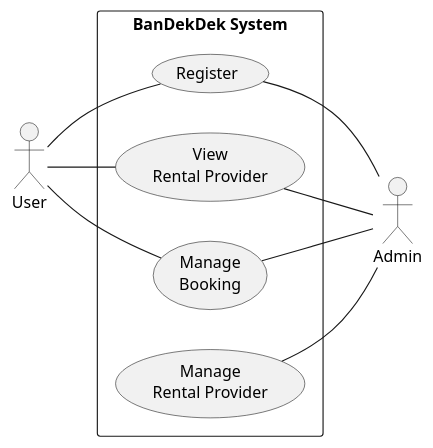
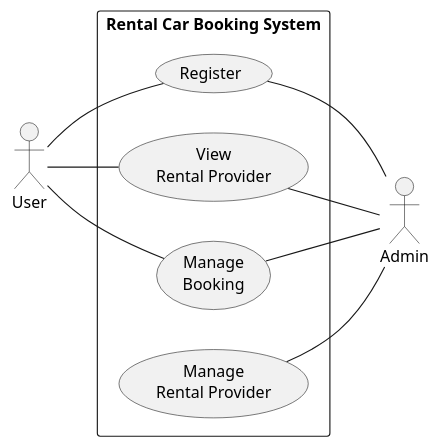
One commit to konglol524/BanDekDek-Backend changed the diagram in UML/useCaseDiagram.puml. Above: the diagram before and after it, drawn with PlantUML.

Commit message:
Renamed Header in UseCaseDiagram

```diff
--- a/UML/useCaseDiagram.puml
+++ b/UML/useCaseDiagram.puml
@@ -1,21 +1,21 @@
 @startuml BanDekDek System Use Case Diagram
 left to right direction
 actor "User" as user 
-rectangle "BanDekDek System" as VacQSystem {
+rectangle "Rental Car Booking System" as RentalCarBookingSystem {
     usecase "Register" as register
     usecase "View\nRental Provider" as viewRental
     usecase "Manage\nBooking" as manageBooking
     usecase "Manage\nRental Provider" as manageRental
 }
 
 user -- register
 user -- viewRental
 user -- manageBooking
 
 actor "Admin" as admin 
 register -- admin
 manageRental -- admin
 manageBooking -- admin
 viewRental -- admin
 
 @enduml
```
